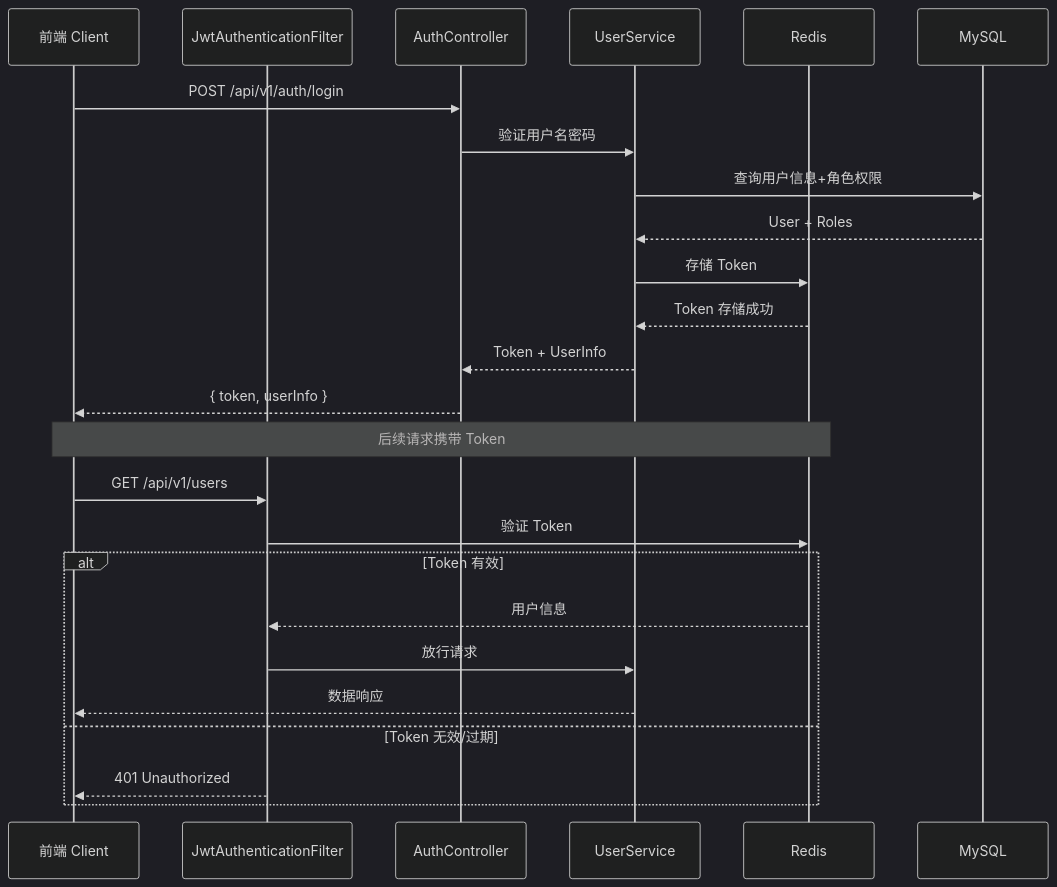
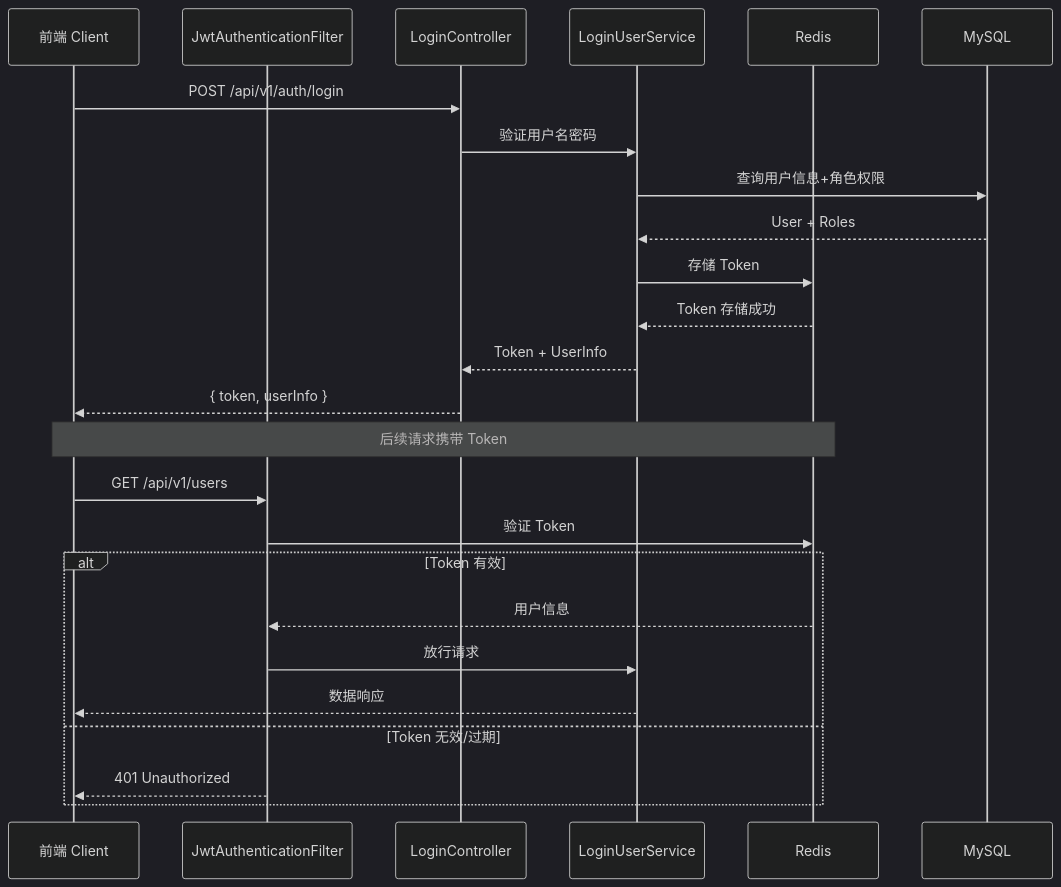
Before and after one commit to junwOpenSourceProjects/JOSP-SystemTempleJava: the second of 3 diagrams in SPEC.md, drawn with Mermaid (dark theme). The commit also changed other lines of this file, not shown here.

````diff
--- a/SPEC.md
+++ b/SPEC.md
@@ -137,30 +196,30 @@
 ```mermaid
 sequenceDiagram
     participant Client as 前端 Client
     participant JwtFilter as JwtAuthenticationFilter
-    participant AuthController as AuthController
-    participant UserService as UserService
+    participant LoginController as LoginController
+    participant LoginUserService as LoginUserService
     participant Redis as Redis
     participant DB as MySQL
 
-    Client->>AuthController: POST /api/v1/auth/login
-    AuthController->>UserService: 验证用户名密码
-    UserService->>DB: 查询用户信息+角色权限
-    DB-->>UserService: User + Roles
-    UserService->>Redis: 存储 Token
-    Redis-->>UserService: Token 存储成功
-    UserService-->>AuthController: Token + UserInfo
-    AuthController-->>Client: { token, userInfo }
+    Client->>LoginController: POST /api/v1/auth/login
+    LoginController->>LoginUserService: 验证用户名密码
+    LoginUserService->>DB: 查询用户信息+角色权限
+    DB-->>LoginUserService: User + Roles
+    LoginUserService->>Redis: 存储 Token
+    Redis-->>LoginUserService: Token 存储成功
+    LoginUserService-->>LoginController: Token + UserInfo
+    LoginController-->>Client: { token, userInfo }
 
     Note over Client,Redis: 后续请求携带 Token
 
     Client->>JwtFilter: GET /api/v1/users
     JwtFilter->>Redis: 验证 Token
     alt Token 有效
         Redis-->>JwtFilter: 用户信息
-        JwtFilter->>UserService: 放行请求
-        UserService-->>Client: 数据响应
+        JwtFilter->>LoginUserService: 放行请求
+        LoginUserService-->>Client: 数据响应
     else Token 无效/过期
         JwtFilter-->>Client: 401 Unauthorized
     end
 ```
````
